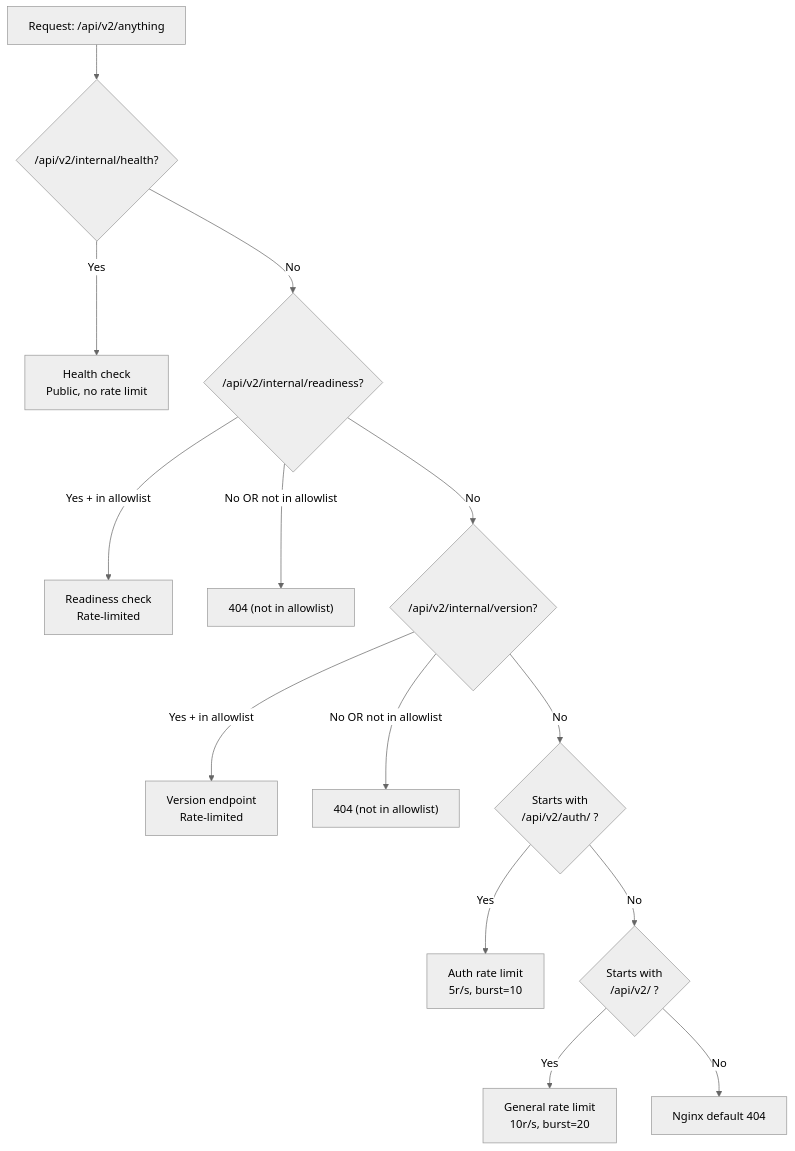
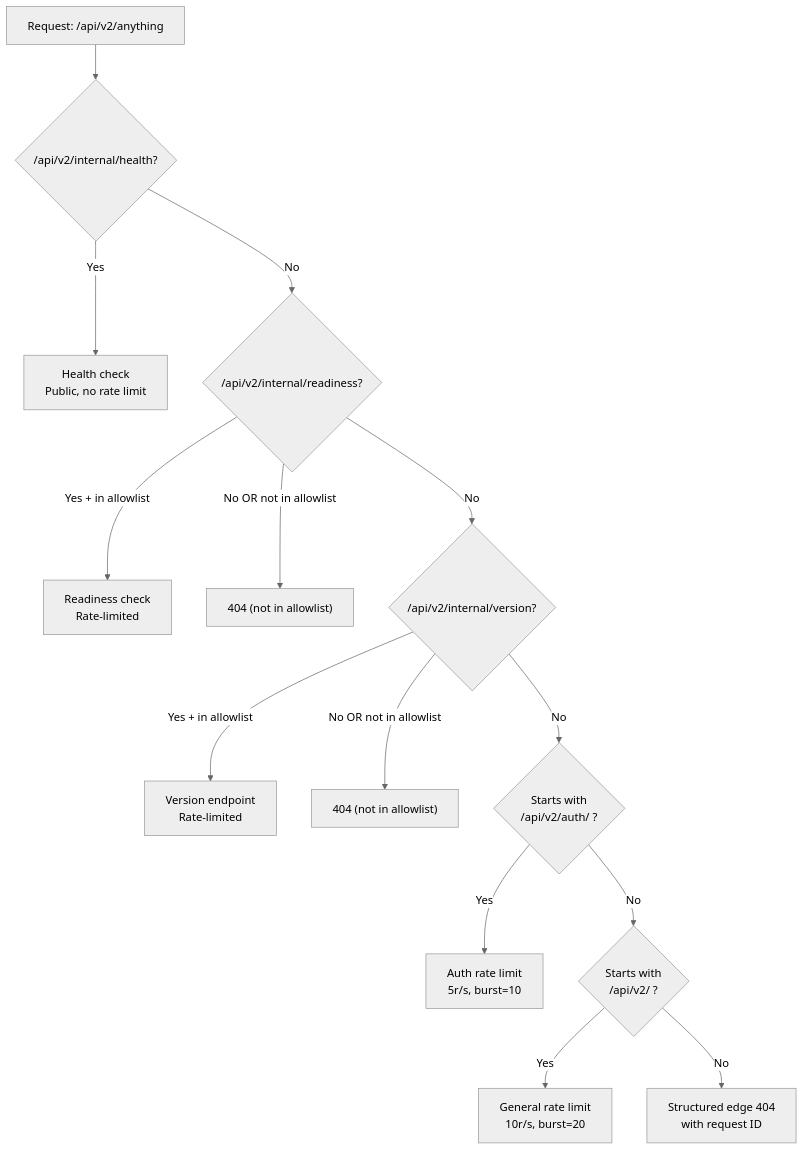
The eighth of 8 diagrams in docs/nginx/architecture.md (thec1rclehost123-cmd/C1RCLE-BACKEND), drawn with Mermaid (neutral theme) before and after one commit. The commit also changed other lines of this file and 7 other files, not shown here.

Commit message:
fix(nginx): reject non-api paths at the edge

````diff
--- a/docs/nginx/architecture.md
+++ b/docs/nginx/architecture.md
@@ -276,16 +276,16 @@
 ```mermaid
 flowchart TD
   Req[Request: /api/v2/anything] --> Exact1{"/api/v2/internal/health"?}
   Exact1 -->|"Yes"| Health["Health check<br/>Public, no rate limit"]
   Exact1 -->|"No"| Exact2{"/api/v2/internal/readiness?"}
   Exact2 -->|"Yes + in allowlist"| Readiness["Readiness check<br/>Rate-limited"]
   Exact2 -->|"No OR not in allowlist"| Readiness404["404 (not in allowlist)"]
   Exact2 -->|"No"| Exact3{"/api/v2/internal/version?"}
   Exact3 -->|"Yes + in allowlist"| Version["Version endpoint<br/>Rate-limited"]
   Exact3 -->|"No OR not in allowlist"| Version404["404 (not in allowlist)"]
   Exact3 -->|"No"| PrefixAuth{"Starts with<br/>/api/v2/auth/ ?"}
   PrefixAuth -->|"Yes"| AuthRate["Auth rate limit<br/>5r/s, burst=10"]
   PrefixAuth -->|"No"| PrefixAPI{"Starts with<br/>/api/v2/ ?"}
   PrefixAPI -->|"Yes"| GeneralRate["General rate limit<br/>10r/s, burst=20"]
-  PrefixAPI -->|"No"| NotFound["Nginx default 404"]
+  PrefixAPI -->|"No"| NotFound["Structured edge 404<br/>with request ID"]
 ```
````
